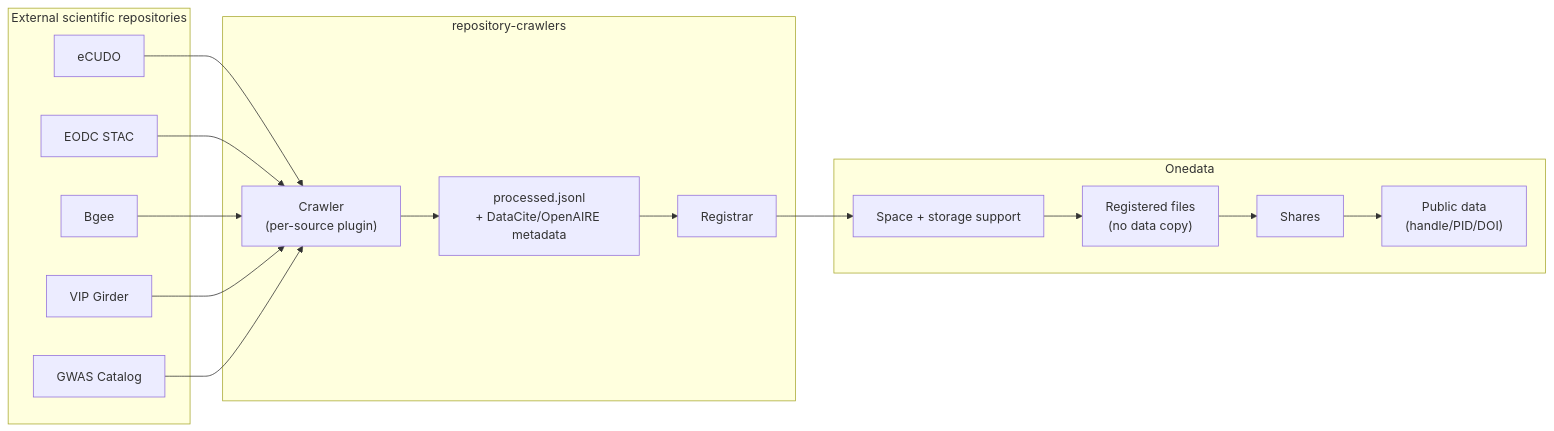
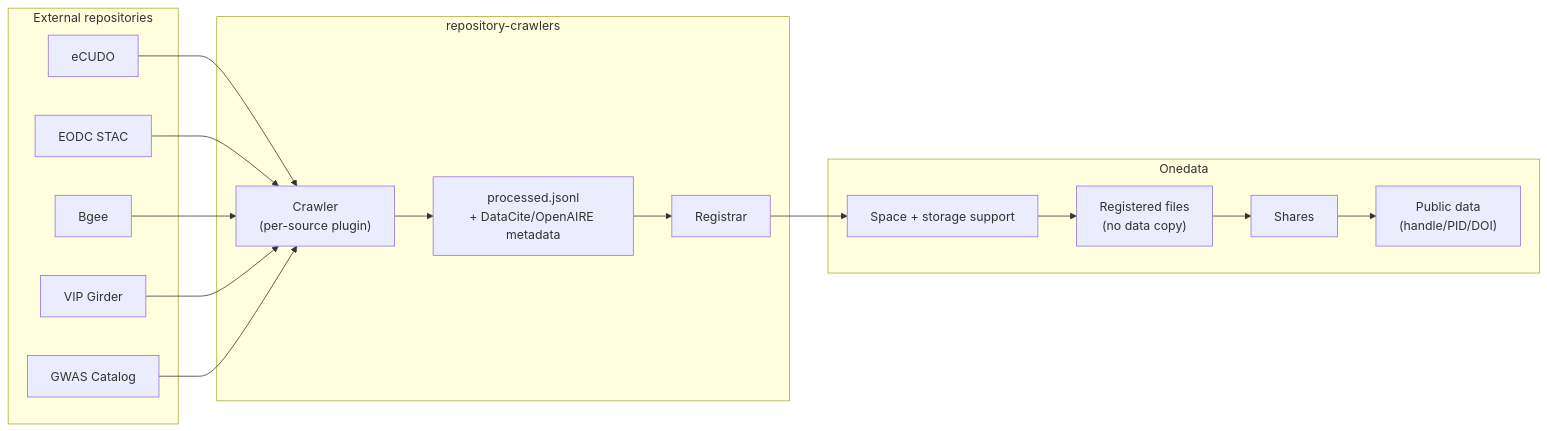
Before and after one commit to onedata/onedata-documentation: the diagram in docs/user-guide/repository-crawlers.md, drawn with Mermaid. The commit also changed other lines of this file, not shown here.

````diff
--- a/docs/user-guide/repository-crawlers.md
+++ b/docs/user-guide/repository-crawlers.md
@@ -37,28 +38,28 @@
 ```mermaid
 graph LR
-    subgraph external["External scientific repositories"]
+    subgraph external["External repositories"]
         S1["eCUDO"]
         S2["EODC STAC"]
         S3["Bgee"]
         S4["VIP Girder"]
         S5["GWAS Catalog"]
     end
 
     subgraph tool["repository-crawlers"]
         C["Crawler<br/>(per-source plugin)"]
         J["processed.jsonl<br/>+ DataCite/OpenAIRE metadata"]
         R["Registrar"]
         C --> J --> R
     end
 
     subgraph onedata["Onedata"]
         SP["Space + storage support"]
         F["Registered files<br/>(no data copy)"]
         SH["Shares"]
         H["Public data<br/>(handle/PID/DOI)"]
         SP --> F --> SH --> H
     end
 
     S1 & S2 & S3 & S4 & S5 --> C
     R --> SP
 ```
````
